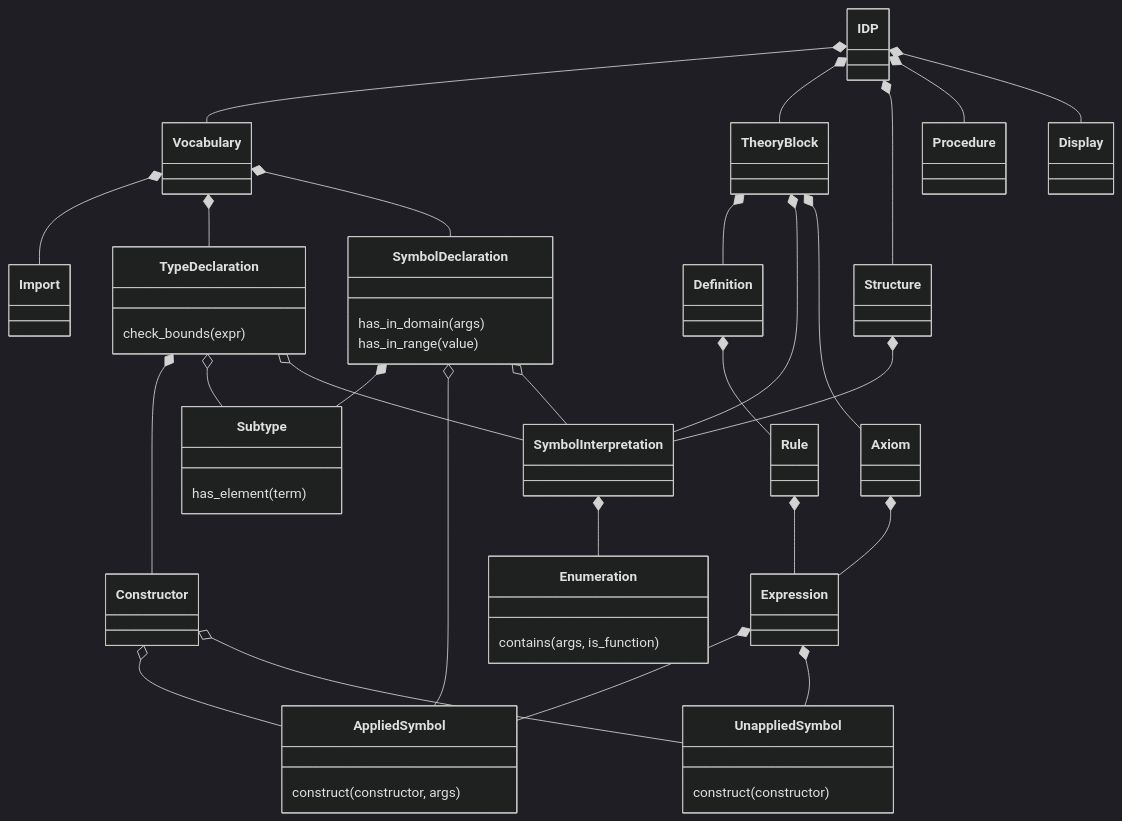
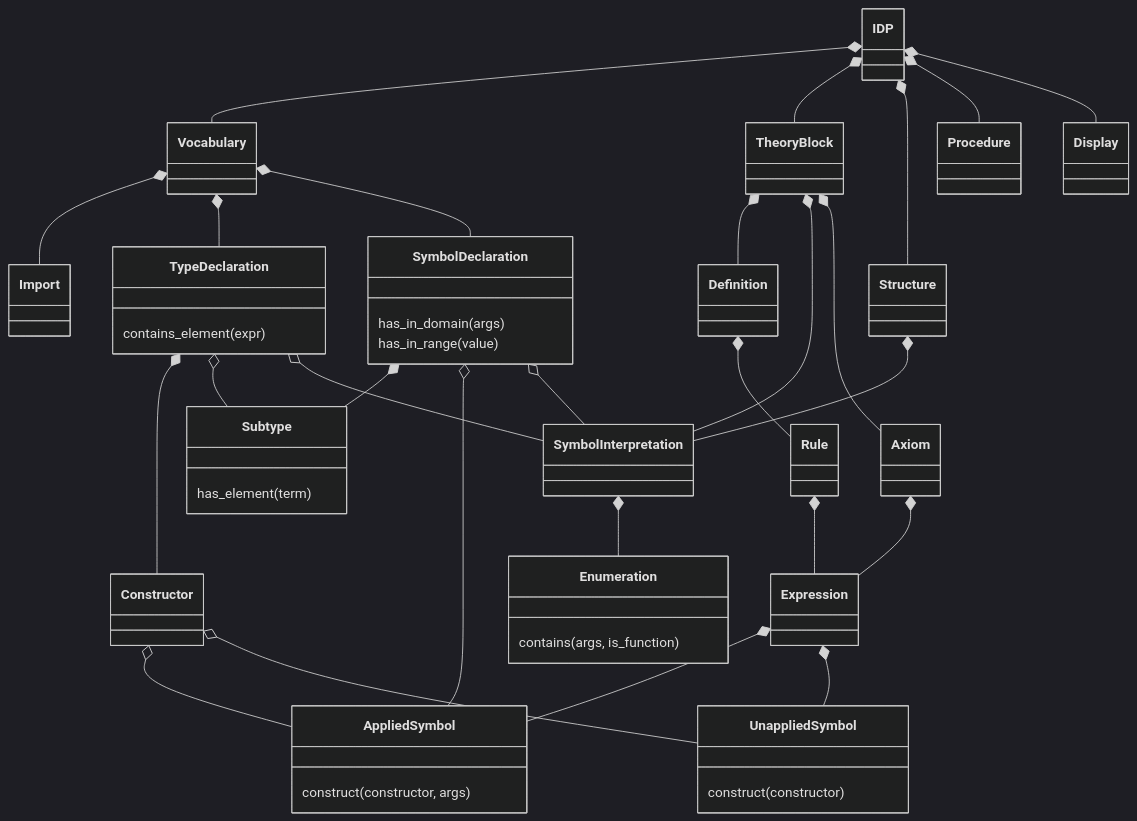
One commit to Sobhangh/IDP-Z3 changed the second of 3 diagrams in docs/Architecture.md. Above: the diagram before and after it, drawn with Mermaid (dark theme). The commit also changed 5 other files, not shown here.

Commit message:
docs: check_bounds -> contains_element

````diff
--- a/docs/Architecture.md
+++ b/docs/Architecture.md
@@ -181,56 +181,56 @@
 ```{mermaid}
 
 classDiagram
     IDP *-- Vocabulary
     IDP *-- TheoryBlock
     IDP *-- Structure
     IDP *-- Procedure
     IDP *-- Display
 
     Vocabulary *-- Import
     Vocabulary *-- TypeDeclaration
     Vocabulary *-- SymbolDeclaration
     TypeDeclaration *-- Constructor
     SymbolDeclaration *-- Subtype
     TypeDeclaration o-- Subtype
 
     TheoryBlock *-- Definition
     TheoryBlock *-- SymbolInterpretation
     TheoryBlock *-- Axiom
 
     Structure *-- SymbolInterpretation
     SymbolInterpretation *-- Enumeration
 
     Definition *-- Rule
     Rule *-- Expression
     Axiom *-- Expression
 
     Expression *-- AppliedSymbol
     Expression *-- UnappliedSymbol
 
     SymbolDeclaration o-- AppliedSymbol
     SymbolDeclaration o-- SymbolInterpretation
     TypeDeclaration   o-- SymbolInterpretation
     Constructor       o-- AppliedSymbol
     Constructor       o-- UnappliedSymbol
 
     class TypeDeclaration {
-        check_bounds(expr)
+        contains_element(expr)
     }
     class SymbolDeclaration {
         has_in_domain(args)
         has_in_range(value)
     }
     class Enumeration {
         contains(args, is_function)
     }
     class Subtype {
         has_element(term)
     }
     class AppliedSymbol {
         construct(constructor, args)
     }
     class UnappliedSymbol {
         construct(constructor)
     }
 ```
````
